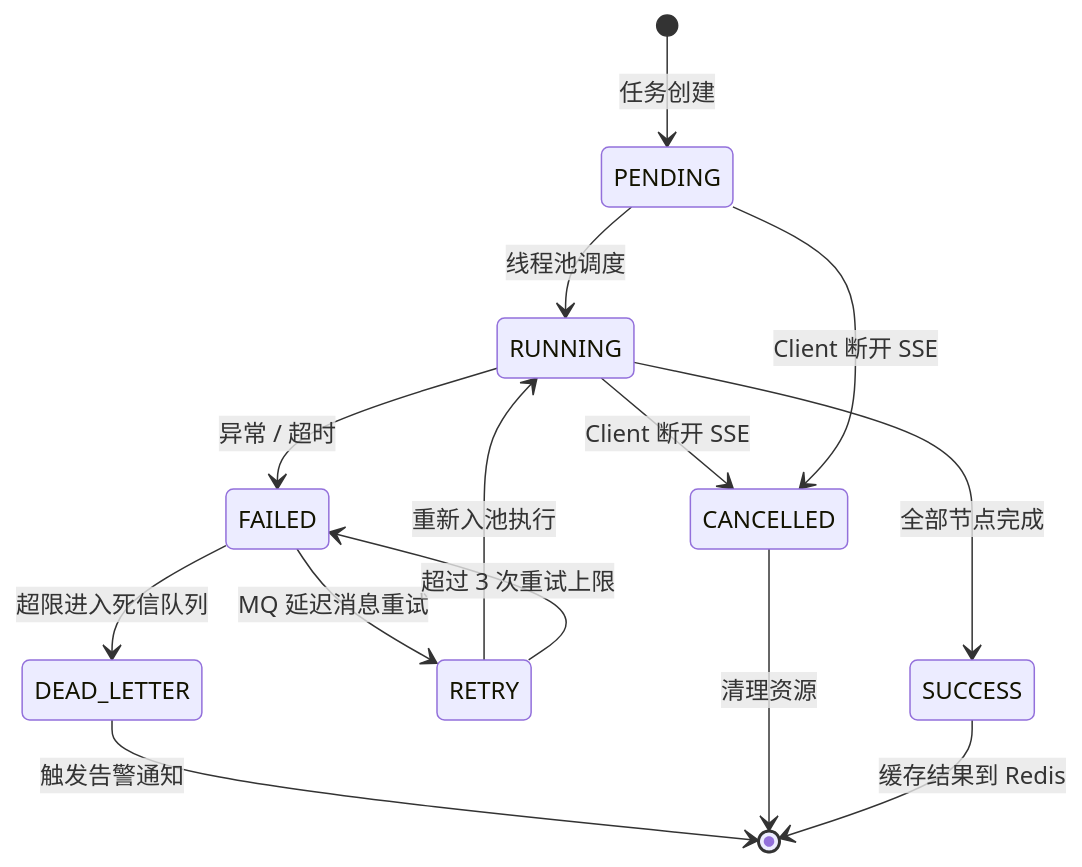
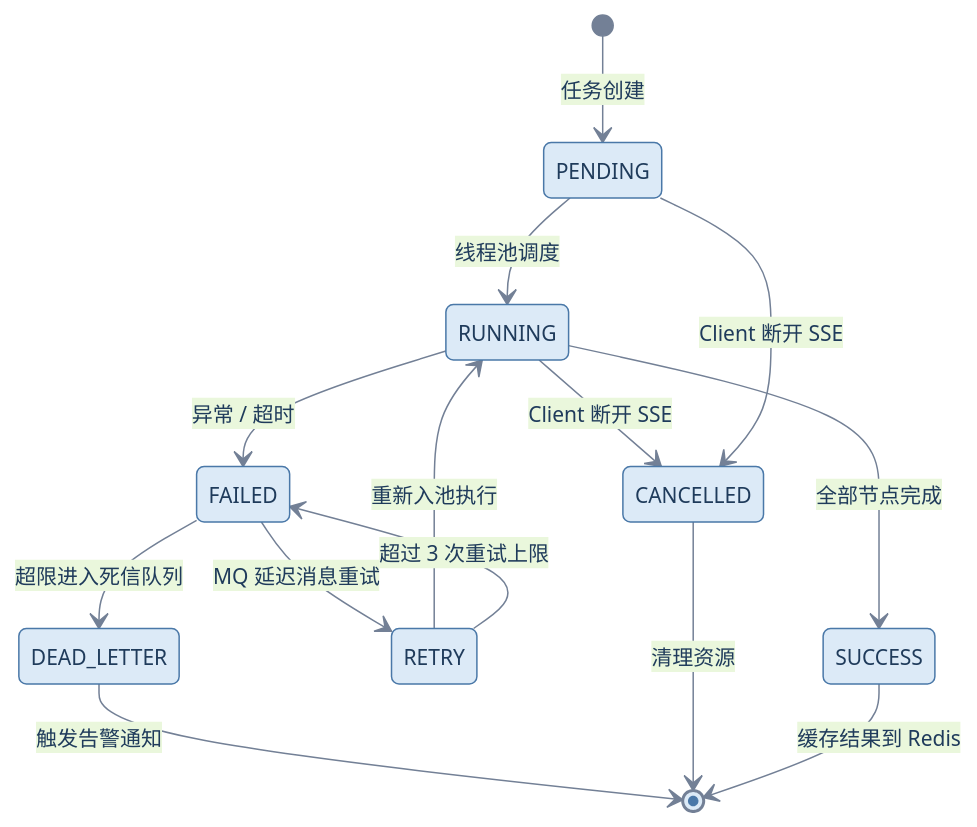
Before and after one commit to 1byteone/interview-note: the fourth of 4 diagrams in 4-interview/projects/ai-passage-creator/项目速记卡.md, drawn with Mermaid. The commit also changed other lines of this file and 5 other files, not shown here.

First line of the commit message:
style(mermaid): 统一 Mermaid 专业样式体系与语义规范

````diff
--- a/4-interview/projects/ai-passage-creator/项目速记卡.md
+++ b/4-interview/projects/ai-passage-creator/项目速记卡.md
@@ -223,21 +256,36 @@
 ```mermaid
+%%{init: {"theme":"base","fontFamily":"Arial, Microsoft YaHei, sans-serif","fontSize":14,"themeVariables":{"fontFamily":"Arial, Microsoft YaHei, sans-serif","fontSize":"14px","primaryColor":"#DCEAF7","primaryTextColor":"#1F3B5B","primaryBorderColor":"#4A78A8","lineColor":"#738096"}}}%%
 stateDiagram-v2
+    classDef lifeStart fill:#E5E7EB,stroke:#7A7F87,color:#34383D,stroke-width:1px
+    classDef running fill:#DCEAF7,stroke:#4A78A8,color:#1F3B5B,stroke-width:1.5px
+    classDef data fill:#E8DDF3,stroke:#8064A2,color:#493761,stroke-width:1.5px
+    classDef success fill:#DDEEDB,stroke:#5B8F5A,color:#2E512D,stroke-width:1.5px
+    classDef failure fill:#F6DADA,stroke:#B85C5C,color:#6B2E2E,stroke-width:1.5px
+
     [*] --> PENDING : 任务创建
+    PENDING:::data
 
     PENDING --> RUNNING : 线程池调度
+    RUNNING:::running
+
     RUNNING --> SUCCESS : 全部节点完成
+    SUCCESS:::success
     RUNNING --> FAILED : 异常 / 超时
+    FAILED:::failure
 
     FAILED --> RETRY : MQ 延迟消息重试
+    RETRY:::failure
     RETRY --> RUNNING : 重新入池执行
     RETRY --> FAILED : 超过 3 次重试上限
 
     FAILED --> DEAD_LETTER : 超限进入死信队列
+    DEAD_LETTER:::failure
     DEAD_LETTER --> [*] : 触发告警通知
 
     RUNNING --> CANCELLED : Client 断开 SSE
     PENDING --> CANCELLED : Client 断开 SSE
+    CANCELLED:::failure
     CANCELLED --> [*] : 清理资源
 
     SUCCESS --> [*] : 缓存结果到 Redis
 ```
````
